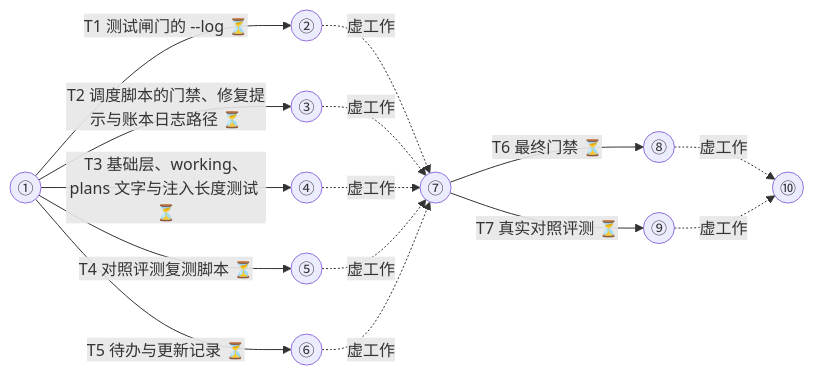
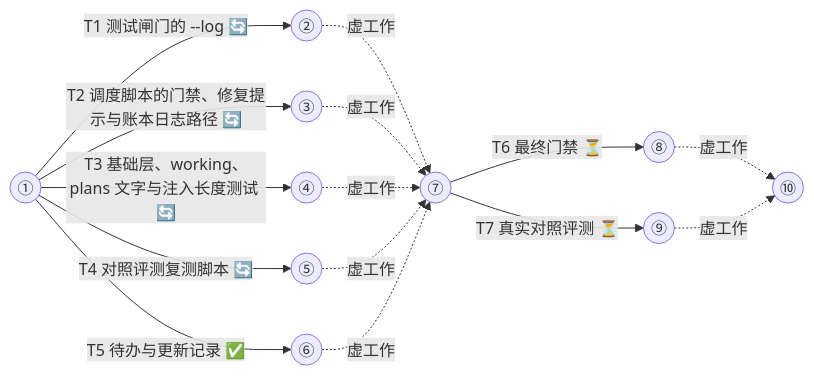
The diagram in docs/miniplan/2026-10-23-harness2-borrow-plan.md (biuayi/miniplan-skills), drawn with Mermaid before and after one commit. The commit also changed other lines of this file, not shown here.

Commit message:
任务手册记录派发与主线程任务进度

````diff
--- a/docs/miniplan/2026-10-23-harness2-borrow-plan.md
+++ b/docs/miniplan/2026-10-23-harness2-borrow-plan.md
@@ -20,17 +20,17 @@
 ```mermaid
 flowchart LR
-  E1((①)) -->|"T1 测试闸门的 --log ⏳"| E2((②))
-  E1 -->|"T2 调度脚本的门禁、修复提示与账本日志路径 ⏳"| E3((③))
-  E1 -->|"T3 基础层、working、plans 文字与注入长度测试 ⏳"| E4((④))
-  E1 -->|"T4 对照评测复测脚本 ⏳"| E5((⑤))
-  E1 -->|"T5 待办与更新记录 ⏳"| E6((⑥))
+  E1((①)) -->|"T1 测试闸门的 --log 🔄"| E2((②))
+  E1 -->|"T2 调度脚本的门禁、修复提示与账本日志路径 🔄"| E3((③))
+  E1 -->|"T3 基础层、working、plans 文字与注入长度测试 🔄"| E4((④))
+  E1 -->|"T4 对照评测复测脚本 🔄"| E5((⑤))
+  E1 -->|"T5 待办与更新记录 ✅"| E6((⑥))
   E2 -.->|"虚工作"| E7((⑦))
   E3 -.->|"虚工作"| E7
   E4 -.->|"虚工作"| E7
   E5 -.->|"虚工作"| E7
   E6 -.->|"虚工作"| E7
   E7 -->|"T6 最终门禁 ⏳"| E8((⑧))
   E7 -->|"T7 真实对照评测 ⏳"| E9((⑨))
   E8 -.->|"虚工作"| E10((⑩))
   E9 -.->|"虚工作"| E10
 ```
````
